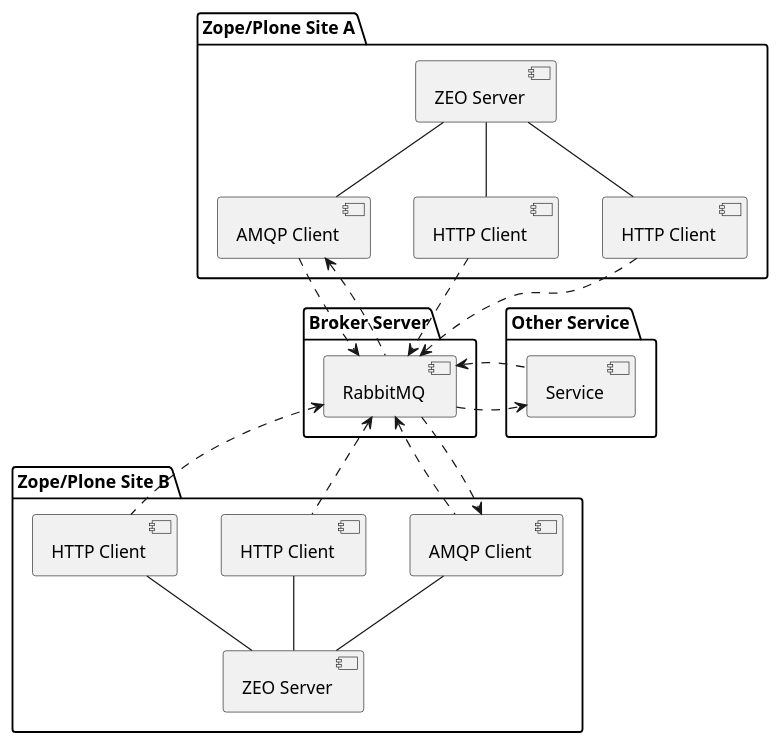
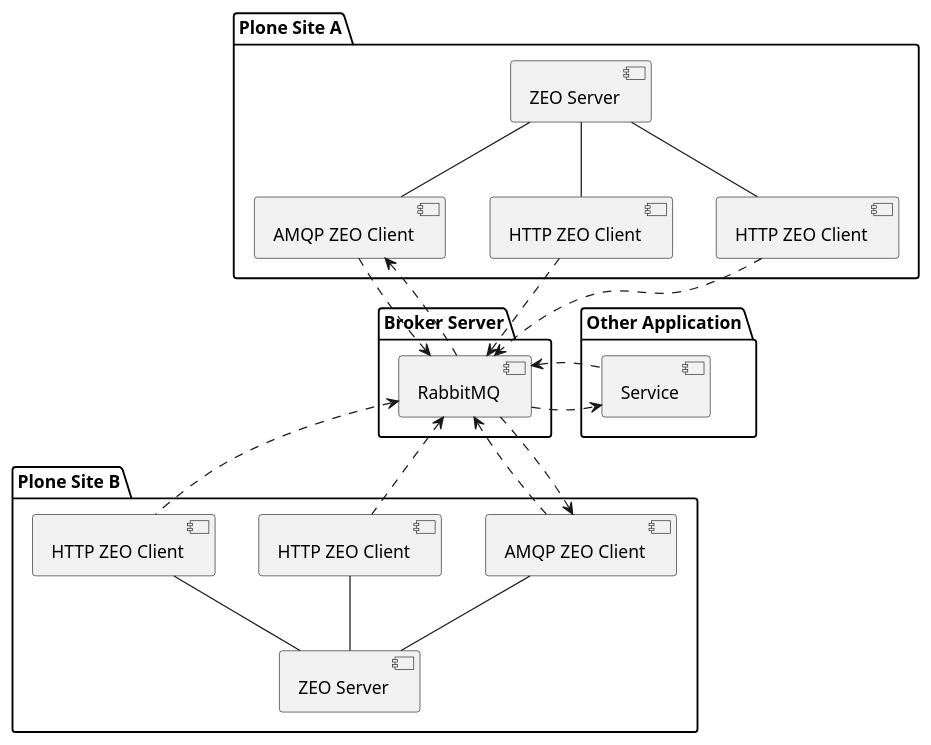
One commit to jfroche/collective.zamqp changed the first of 2 diagrams in src/collective/zamqp/introduction.rst. Above: the diagram before and after it, drawn with PlantUML. The commit also changed other lines of this file and 2 other files, not shown here.

```diff
--- a/src/collective/zamqp/introduction.rst
+++ b/src/collective/zamqp/introduction.rst
@@ -55,44 +35,46 @@
 .. uml::
 
-   Package "Zope/Plone Site A" {
+   skinparam monochrome true
+
+   Package "Plone Site A" {
        [ZEO Server] as ZEO1
-       [HTTP Client] as HTTP1
-       [HTTP Client] as HTTP2
-       [AMQP Client] as AMQP1
+       [HTTP ZEO Client] as HTTP1
+       [HTTP ZEO Client] as HTTP2
+       [AMQP ZEO Client] as AMQP1
 
        ZEO1 -down- HTTP1
        ZEO1 -down- HTTP2
        ZEO1 -down- AMQP1
    }
 
-   Package "Zope/Plone Site B" {
+   Package "Plone Site B" {
        [ZEO Server] as ZEO2
-       [HTTP Client] as HTTP3
-       [HTTP Client] as HTTP4
-       [AMQP Client] as AMQP2
+       [HTTP ZEO Client] as HTTP3
+       [HTTP ZEO Client] as HTTP4
+       [AMQP ZEO Client] as AMQP2
 
        ZEO2 -up- HTTP3
        ZEO2 -up- HTTP4
        ZEO2 -up- AMQP2
    }
 
    Package "Broker Server" {
        [RabbitMQ]
    }
 
-   Package "Other Service" {
+   Package "Other Application" {
        [Service]
    }
 
    HTTP1 .down.> [RabbitMQ]
    HTTP2 .down.> [RabbitMQ]
    AMQP1 .down.> [RabbitMQ]
    [RabbitMQ] .up.> AMQP1
 
    HTTP3 .up.> [RabbitMQ]
    HTTP4 .up.> [RabbitMQ]
    AMQP2 .up.> [RabbitMQ]
    [RabbitMQ] .down.> AMQP2
 
    [RabbitMQ] .right.> [Service]
    [Service] .left.> [RabbitMQ]
```
